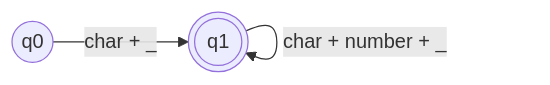
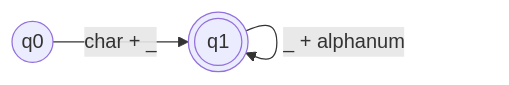
Before and after one commit to vdella/not-a-hat: diagram 12 of 36 in README.md, drawn with Mermaid.

Commit message:
edited graph label

````diff
--- a/README.md
+++ b/README.md
@@ -147,8 +147,8 @@
 ```mermaid
 flowchart LR
     q0((q0))
     q1(((q1)))
 
     q0-->|char + _|q1
-    q1-->|char + number + _|q1
+    q1-->|_ + alphanum|q1
 ```
````
